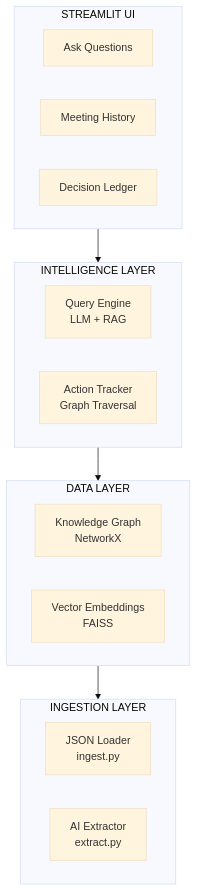
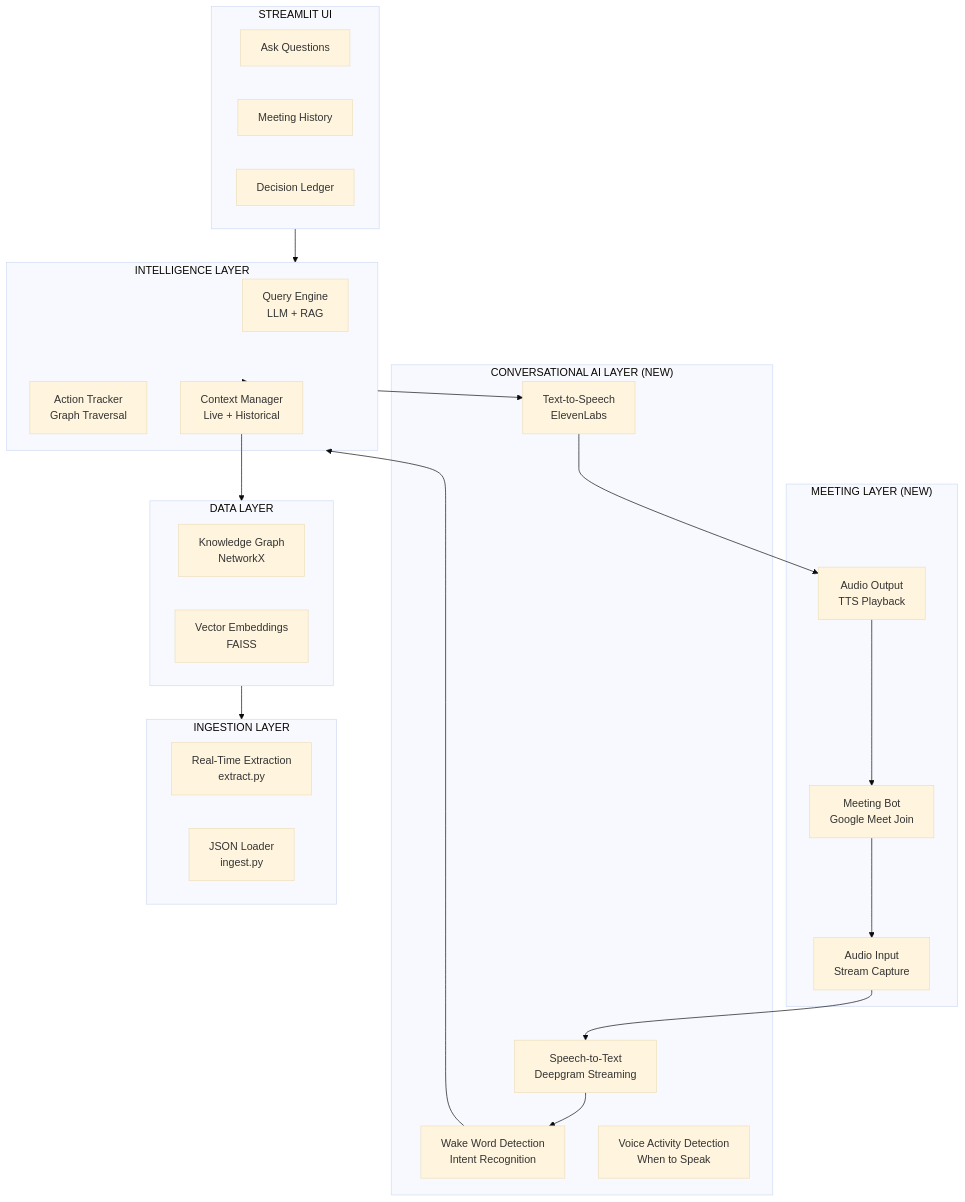
One commit to minjaedavidpark/AMPM changed the first of 4 diagrams in docs/architecture/ARCHITECTURE.md. Above: the diagram before and after it, drawn with Mermaid (base theme). The commit also changed other lines of this file and 2 other files, not shown here.

First line of the commit message:
Add real-time meeting participation architecture and vision

````diff
--- a/docs/architecture/ARCHITECTURE.md
+++ b/docs/architecture/ARCHITECTURE.md
@@ -8,27 +20,50 @@
 ```mermaid
 flowchart TB
+    subgraph MEETING["MEETING LAYER (NEW)"]
+        BOT[Meeting Bot<br/>Google Meet Join]
+        AIN[Audio Input<br/>Stream Capture]
+        AOUT[Audio Output<br/>TTS Playback]
+    end
+
+    subgraph CONV["CONVERSATIONAL AI LAYER (NEW)"]
+        STT[Speech-to-Text<br/>Deepgram Streaming]
+        WAKE[Wake Word Detection<br/>Intent Recognition]
+        VAD[Voice Activity Detection<br/>When to Speak]
+        TTS[Text-to-Speech<br/>ElevenLabs]
+    end
+
     subgraph UI["STREAMLIT UI"]
         AQ[Ask Questions]
         MH[Meeting History]
         DL[Decision Ledger]
     end
 
     subgraph INT["INTELLIGENCE LAYER"]
         QE[Query Engine<br/>LLM + RAG]
         AT[Action Tracker<br/>Graph Traversal]
+        CTX[Context Manager<br/>Live + Historical]
     end
 
     subgraph DATA["DATA LAYER"]
         KG[Knowledge Graph<br/>NetworkX]
         VE[Vector Embeddings<br/>FAISS]
     end
 
     subgraph ING["INGESTION LAYER"]
+        RT[Real-Time Extraction<br/>extract.py]
         JL[JSON Loader<br/>ingest.py]
-        AE[AI Extractor<br/>extract.py]
     end
 
+    BOT --> AIN
+    AIN --> STT
+    STT --> WAKE
+    WAKE --> INT
+    INT --> CTX
+    CTX --> DATA
+    DATA --> ING
+    INT --> TTS
+    TTS --> AOUT
+    AOUT --> BOT
+
     UI --> INT
-    INT --> DATA
-    DATA --> ING
 ```
````
